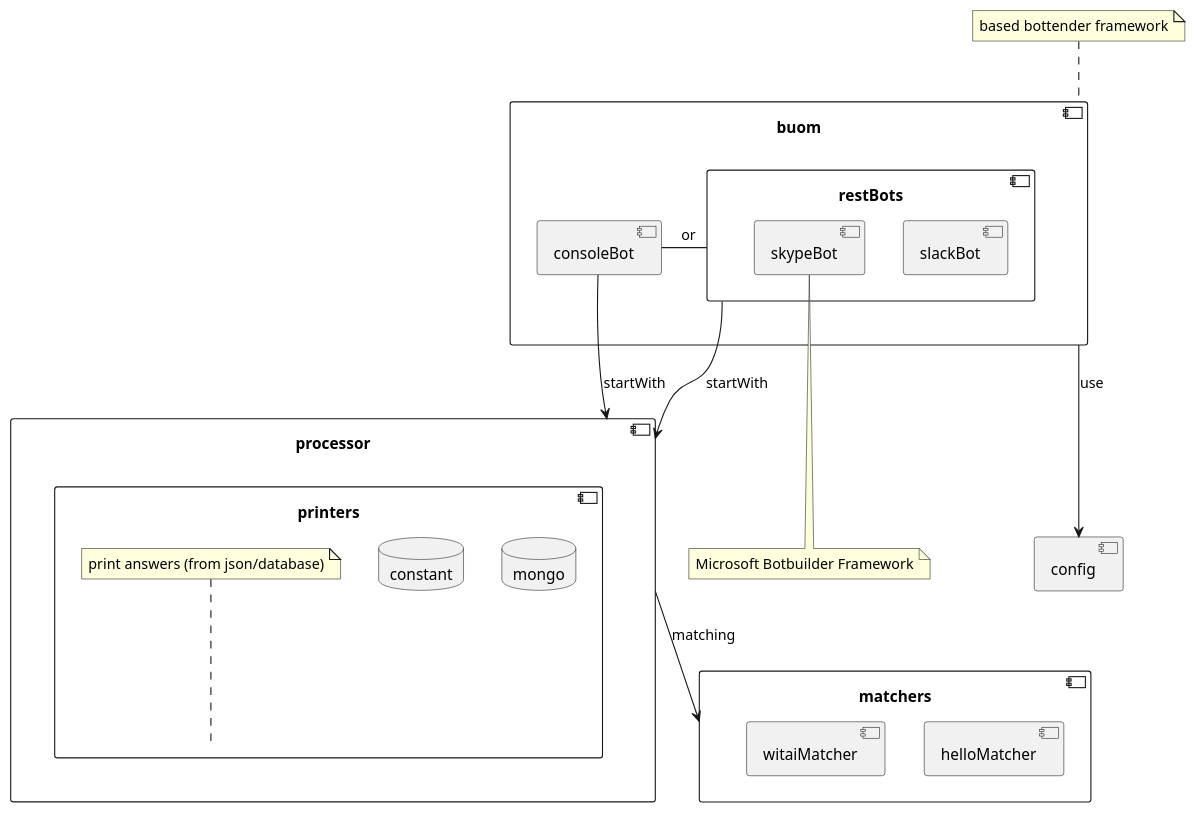
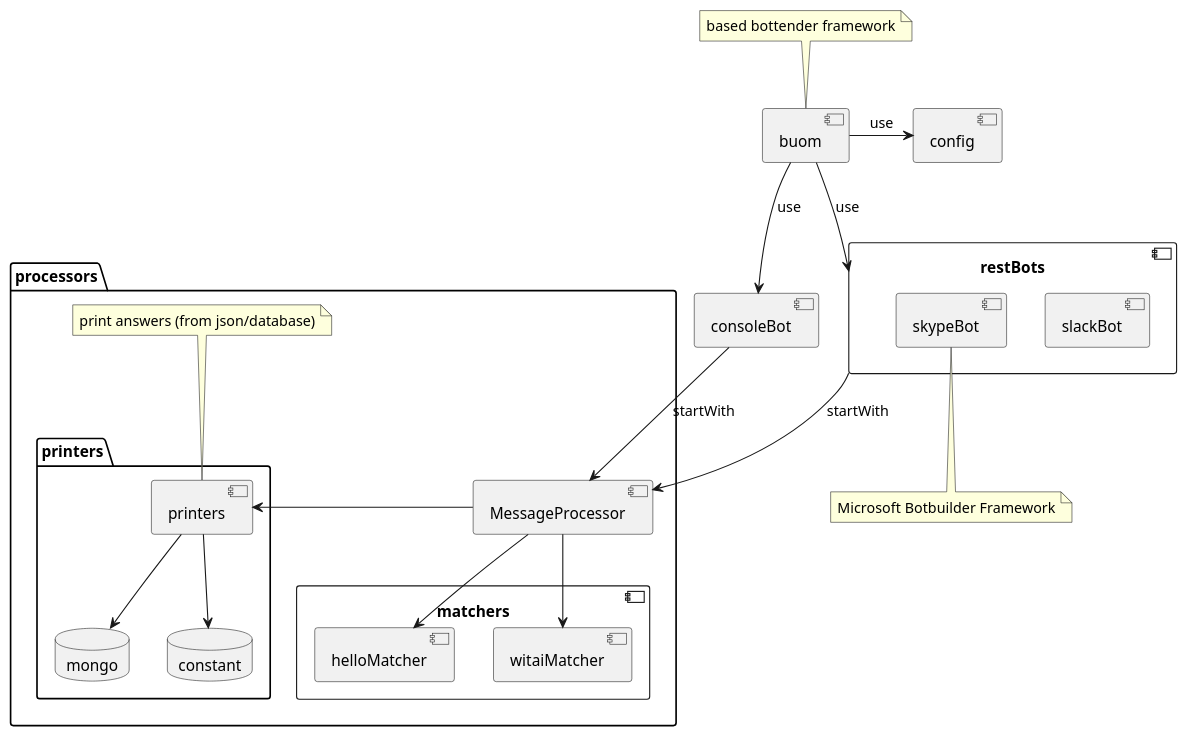
The diagram in docs/arch.puml (gaconkzk/buom), drawn with PlantUML before and after one commit. The commit also changed 3 other files, not shown here.

```diff
--- a/docs/arch.puml
+++ b/docs/arch.puml
@@ -1,37 +1,45 @@
 @startuml buom arch design
 
-component buom {
-  component consoleBot
-  component restBots {
-    component slackBot
-    component skypeBot
-  }
+component buom
+component consoleBot
+
+component restBots {
+  component slackBot
+  component skypeBot
 }
 
 [config]
 
-component processor {
-  component printers {
+package "processors" as po {
+  component MessageProcessor as processor
+  package "printers" as p {
+    component printers
     database mongo
     database constant
-    note top of printers: print answers (from json/database)
+  }
+
+  note top of printers: print answers (from json/database)
+  component matchers {
+    component helloMatcher
+    component witaiMatcher
   }
 }
 
-component matchers {
-  component helloMatcher
-  component witaiMatcher
-}
+buom -> config: use
+buom --> consoleBot: use
+buom --> restBots: use
 
-consoleBot - restBots: or
+processor --> witaiMatcher
+processor --> helloMatcher
 
-buom --> config: use
+processor -> printers
+
+printers --> constant
+printers --> mongo
 
 consoleBot --> processor: startWith
 restBots --> processor: startWith
 
-processor --> matchers: matching
-
 note bottom of skypeBot: Microsoft Botbuilder Framework
 note top of buom: based bottender framework
 @enduml
```
